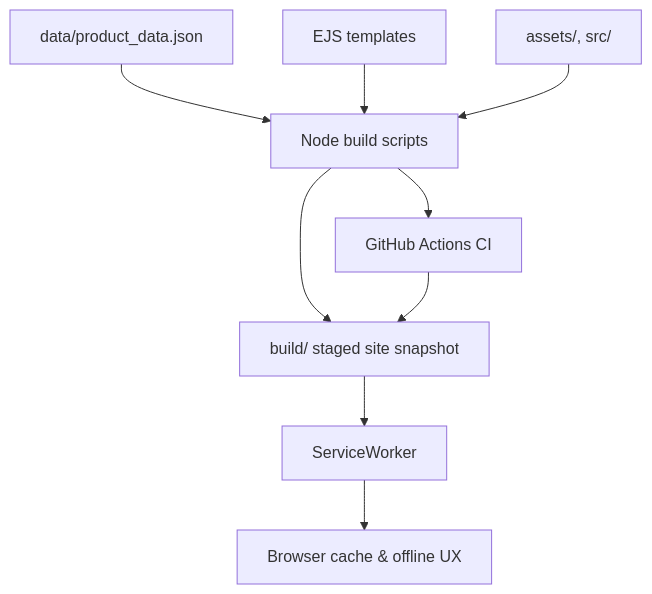
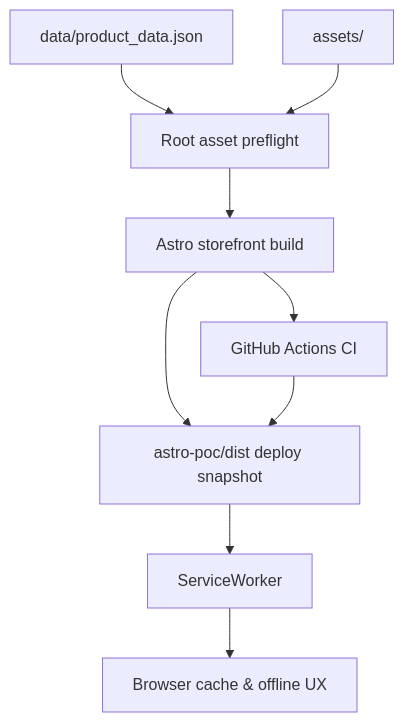
Before and after one commit to cortega26/elrincondeebano: the diagram in README.md, drawn with Mermaid. The commit also changed other lines of this file and 18 other files, not shown here.

Commit message:
Se finaliza migración a Astro y se deja EJS en legady archivado oficialmente

````diff
--- a/README.md
+++ b/README.md
@@ -74,11 +74,11 @@
 ```mermaid
 flowchart TD
-  Data[data/product_data.json] --> BuildScripts[Node build scripts]
-  Templates[EJS templates] --> BuildScripts
-  Assets[assets/, src/] --> BuildScripts
-  BuildScripts --> Staging[build/ staged site snapshot]
+  Data[data/product_data.json] --> SharedPrep[Root asset preflight]
+  Assets[assets/] --> SharedPrep
+  SharedPrep --> AstroBuild[Astro storefront build]
+  AstroBuild --> Staging[astro-poc/dist deploy snapshot]
   Staging --> ServiceWorker
   ServiceWorker --> Browser[Browser cache & offline UX]
-  BuildScripts --> CI[GitHub Actions CI]
+  AstroBuild --> CI[GitHub Actions CI]
   CI --> Staging
 ```
````
